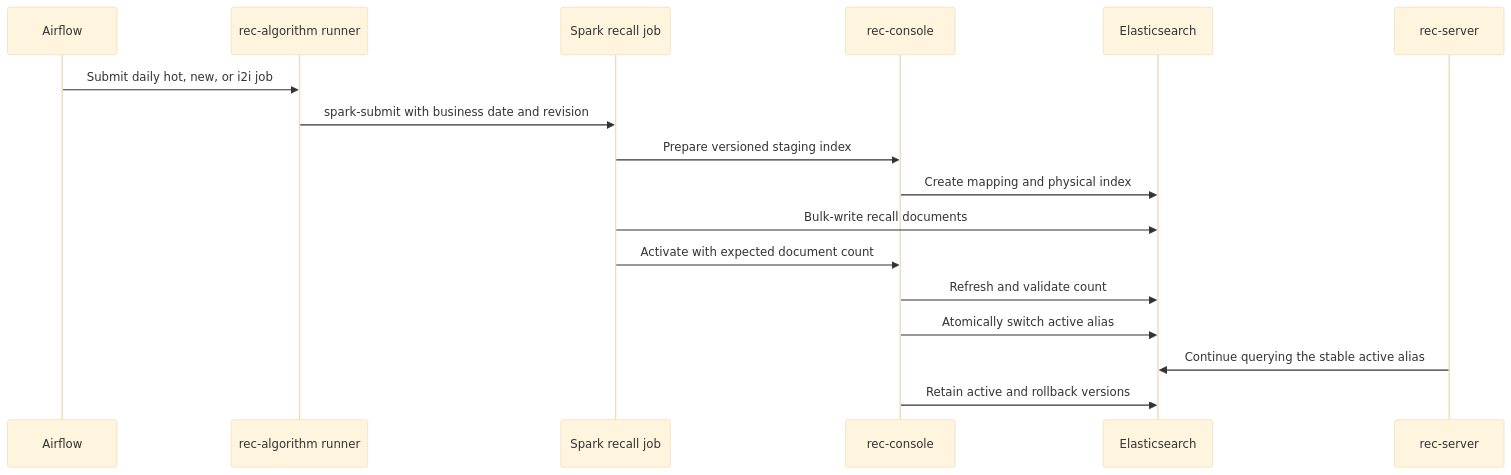
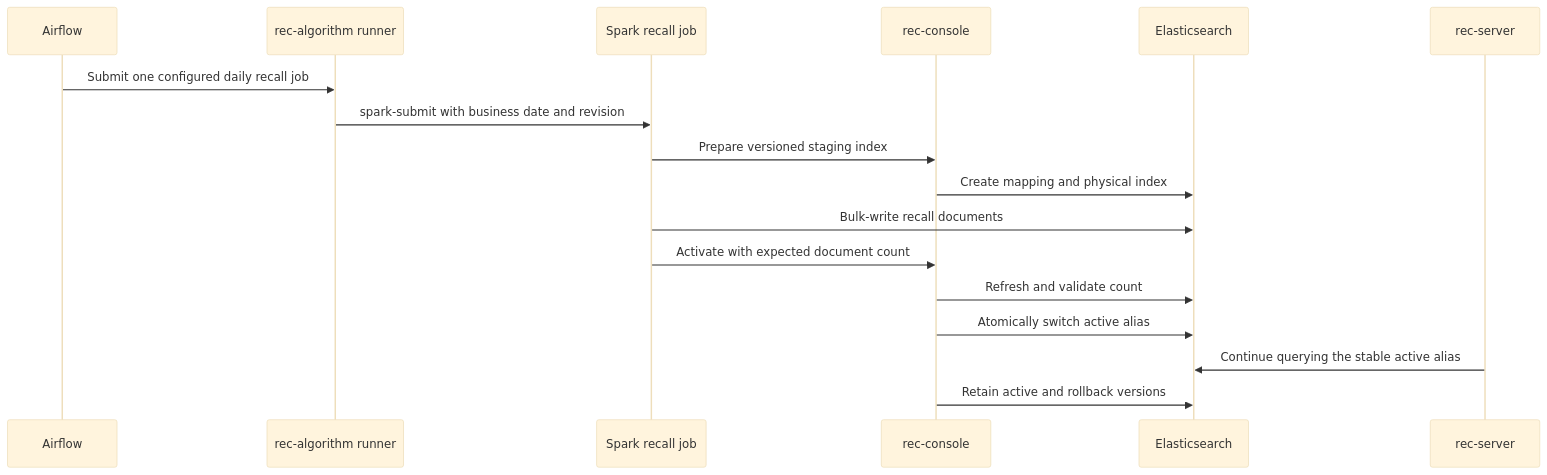
Before and after one commit to open-rec/openrec: the second of 2 diagrams in example_cluster/README.md, drawn with Mermaid (base theme). The commit also changed other lines of this file and 13 other files, not shown here.

````diff
--- a/example_cluster/README.md
+++ b/example_cluster/README.md
@@ -55,20 +55,20 @@
 ```mermaid
 sequenceDiagram
     participant A as Airflow
     participant R as rec-algorithm runner
     participant S as Spark recall job
     participant C as rec-console
     participant E as Elasticsearch
     participant O as rec-server
 
-    A->>R: Submit daily hot, new, or i2i job
+    A->>R: Submit one configured daily recall job
     R->>S: spark-submit with business date and revision
     S->>C: Prepare versioned staging index
     C->>E: Create mapping and physical index
     S->>E: Bulk-write recall documents
     S->>C: Activate with expected document count
     C->>E: Refresh and validate count
     C->>E: Atomically switch active alias
     O->>E: Continue querying the stable active alias
     C->>E: Retain active and rollback versions
 ```
````
